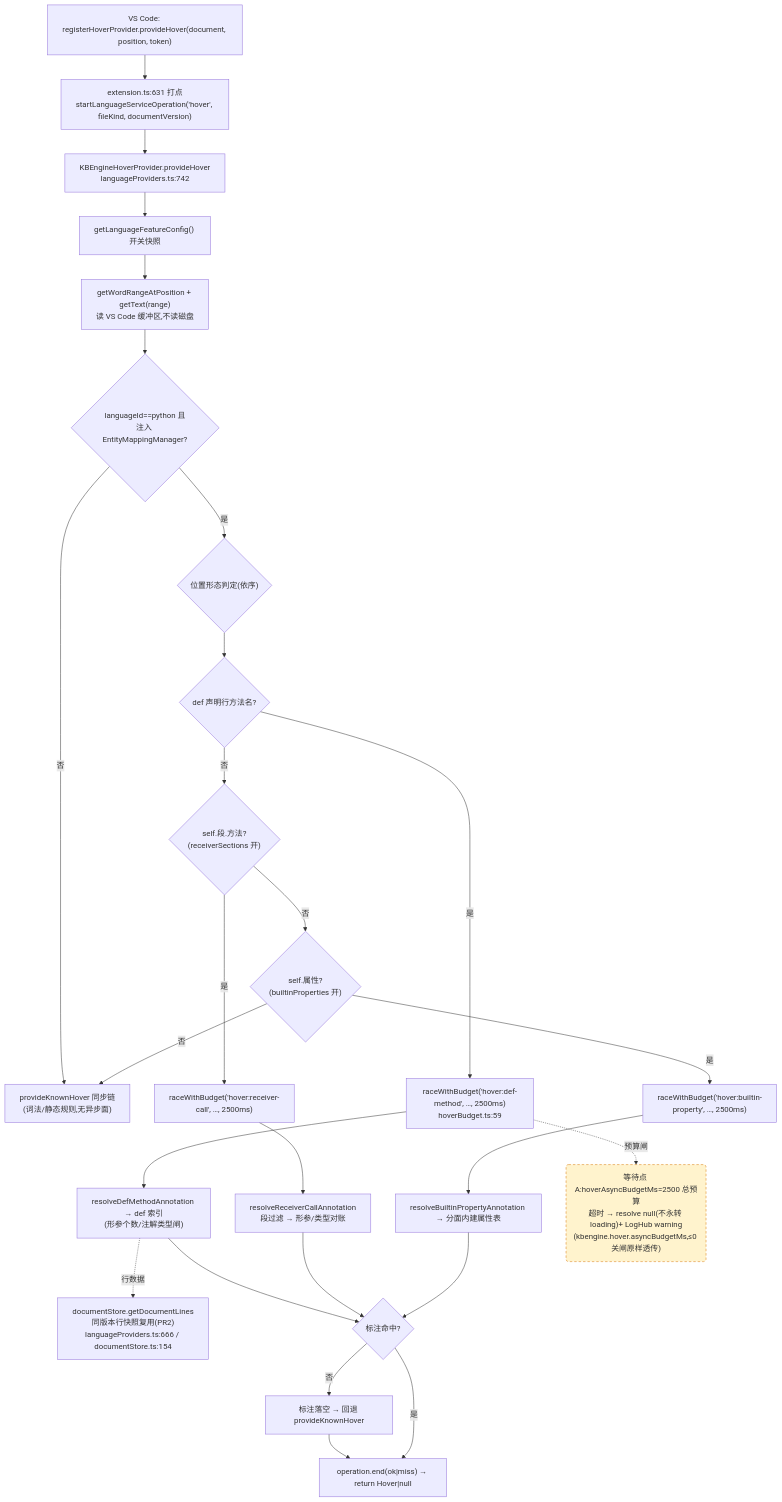
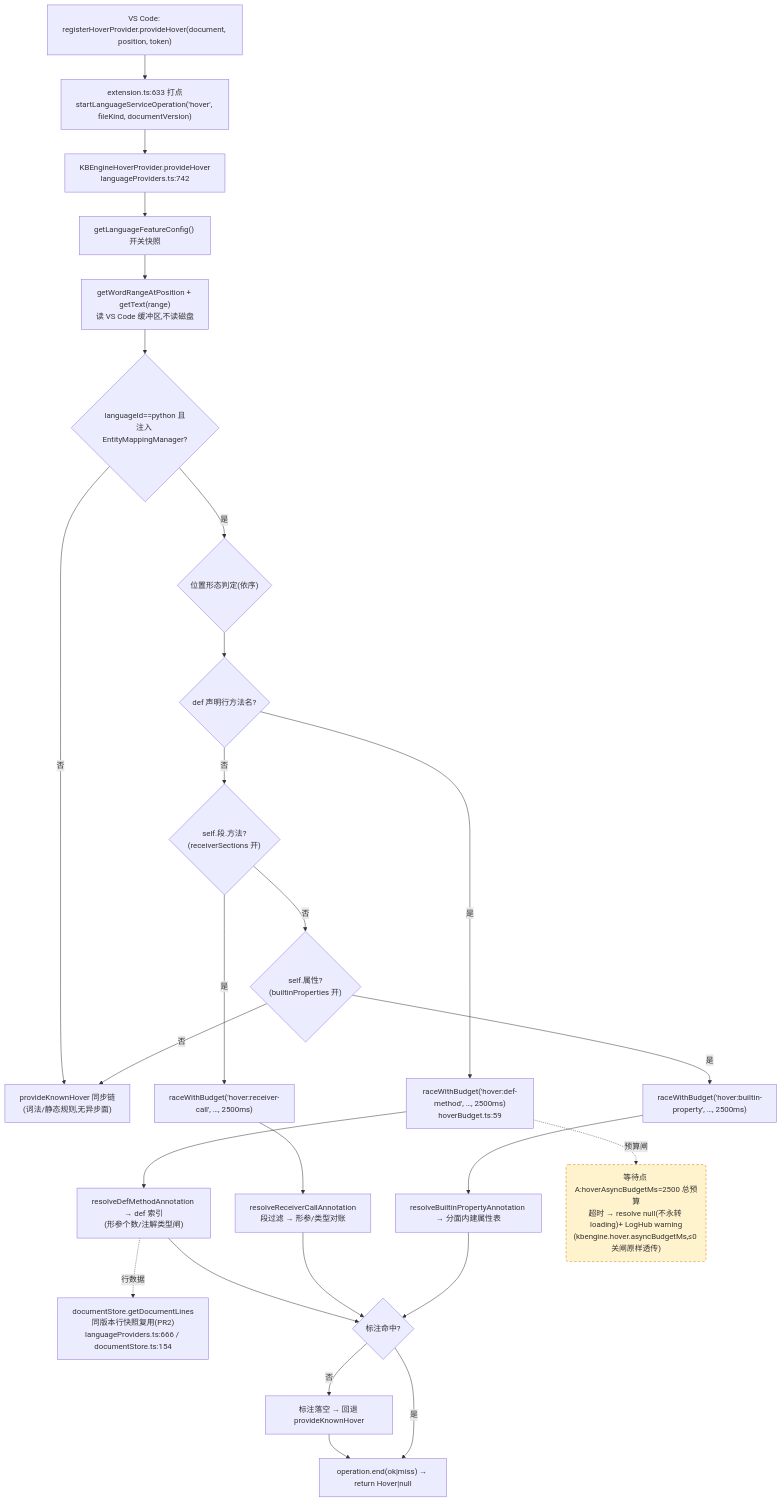
One commit to cuihairu/kode changed the first of 4 diagrams in docs/perf/2026-baseline.md. Above: the diagram before and after it, drawn with Mermaid. The commit also changed other lines of this file and 7 other files, not shown here.

````diff
--- a/docs/perf/2026-baseline.md
+++ b/docs/perf/2026-baseline.md
@@ -82,45 +82,45 @@
 ```mermaid
 flowchart TD
   VC1["VS Code: registerHoverProvider.provideHover(document, position, token)"]
-  M1["extension.ts:631 打点<br/>startLanguageServiceOperation('hover', fileKind, documentVersion)"]
+  M1["extension.ts:633 打点<br/>startLanguageServiceOperation('hover', fileKind, documentVersion)"]
   HP["KBEngineHoverProvider.provideHover<br/>languageProviders.ts:742"]
   CFG["getLanguageFeatureConfig() 开关快照"]
   WORD["getWordRangeAtPosition + getText(range)<br/>读 VS Code 缓冲区,不读磁盘"]
   BR{"languageId==python 且<br/>注入 EntityMappingManager?"}
   KN["provideKnownHover 同步链<br/>(词法/静态规则,无异步面)"]
   POS{"位置形态判定(依序)"}
   D1{"def 声明行方法名?"}
   D2{"self.段.方法?<br/>(receiverSections 开)"}
   D3{"self.属性?<br/>(builtinProperties 开)"}
   RA1["raceWithBudget('hover:def-method', …, 2500ms)<br/>hoverBudget.ts:59"]
   RA2["raceWithBudget('hover:receiver-call', …, 2500ms)"]
   RA3["raceWithBudget('hover:builtin-property', …, 2500ms)"]
   RS1["resolveDefMethodAnnotation → def 索引<br/>(形参个数/注解类型闸)"]
   RS2["resolveReceiverCallAnnotation<br/>段过滤 → 形参/类型对账"]
   RS3["resolveBuiltinPropertyAnnotation → 分面内建属性表"]
   LINES["documentStore.getDocumentLines<br/>同版本行快照复用(PR2)<br/>languageProviders.ts:666 / documentStore.ts:154"]
   MISS["标注落空 → 回退 provideKnownHover"]
   END1["operation.end(ok|miss) → return Hover|null"]
 
   VC1 --> M1 --> HP --> CFG --> WORD --> BR
   BR -- "否" --> KN
   BR -- "是" --> POS --> D1
   D1 -- "是" --> RA1 --> RS1
   D1 -- "否" --> D2
   D2 -- "是" --> RA2 --> RS2
   D2 -- "否" --> D3
   D3 -- "是" --> RA3 --> RS3
   D3 -- "否" --> KN
   RS1 --> HIT{"标注命中?"}
   RS2 --> HIT
   RS3 --> HIT
   RS1 -.->|行数据| LINES
   HIT -- "否" --> MISS --> END1
   HIT -- "是" --> END1
 
   WAITA("等待点 A:hoverAsyncBudgetMs=2500 总预算<br/>超时 → resolve null(不永转 loading)+ LogHub warning<br/>(kbengine.hover.asyncBudgetMs,≤0 关闸原样透传)")
   RA1 -.->|预算闸| WAITA
 
   classDef waitPoint fill:#fff3cd,stroke:#d97706,stroke-dasharray:5 4;
   class WAITA waitPoint;
 ```
````
